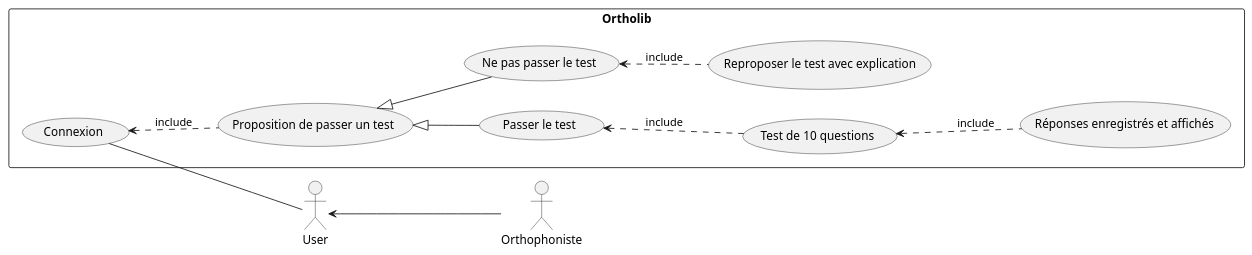
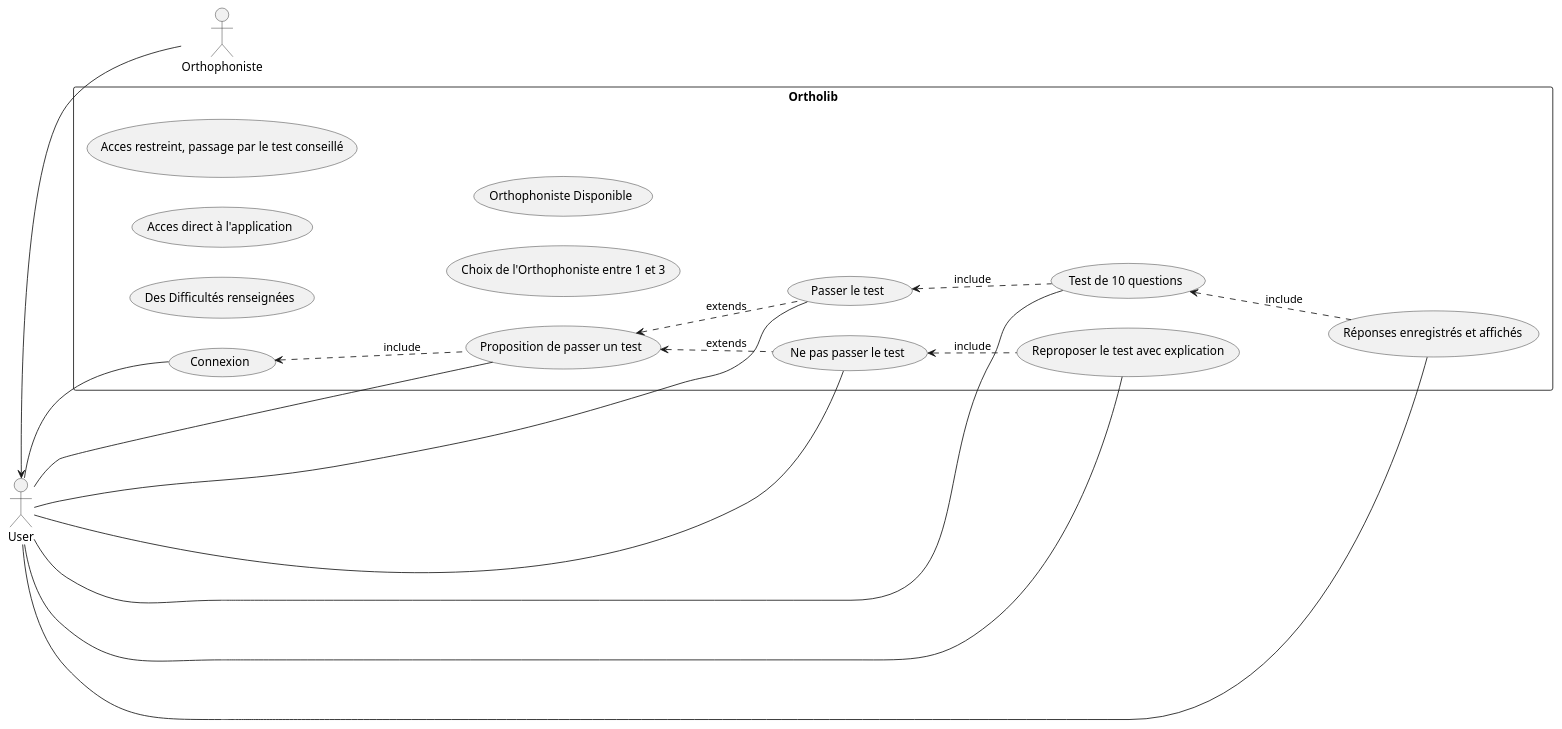
The diagram in analyse/UML/Fonctionnel/utilisateur.wsd (elamranibilel/Ortholib), drawn with PlantUML before and after one commit. The commit also changed 1 other file, not shown here.

Commit message:
usecase user

```diff
--- a/analyse/UML/Fonctionnel/utilisateur.wsd
+++ b/analyse/UML/Fonctionnel/utilisateur.wsd
@@ -1,33 +1,44 @@
 @startuml Application_User
 
 left to right direction
 
 actor User 
 actor Orthophoniste
 
 rectangle Ortholib {
     usecase (Connexion) as Connexion
     usecase (Proposition de passer un test) as PropositionTest
     usecase (Passer le test) as PasserTest
     usecase (Ne pas passer le test) as NonPasserTest
     usecase (Reproposer le test avec explication) as Reproposer
     usecase (Test de 10 questions) as TestQuestions
     usecase (Réponses enregistrés et affichés) as Reponses 
-
+    usecase (Des Difficultés renseignées) as Difficultes
+    usecase (Acces direct à l'application) as AccesDirect
+    usecase (Acces restreint, passage par le test conseillé) as AccesRestreint
+    usecase (Choix de l'Orthophoniste entre 1 et 3) as ChoixOrthophoniste
+    usecase (Orthophoniste Disponible) as DispoOthophoniste
 }
 
 /' ACTOR -- ACTOR '/
 User <-- Orthophoniste
 
 /' ACTOR -- USECASE '/
-Connexion -- User
+User -- Connexion
+User -- PropositionTest
+User -- PasserTest
+User -- NonPasserTest
+User -- Reproposer
+User -- TestQuestions
+User -- Reponses
 
 /' USECASE -- USECASE '/ 
 Connexion <.. PropositionTest : include
-PropositionTest <|-- PasserTest
-PropositionTest <|-- NonPasserTest
+PropositionTest <.. PasserTest : extends
+PropositionTest <.. NonPasserTest : extends
 NonPasserTest <.. Reproposer : include
 PasserTest <.. TestQuestions : include
 TestQuestions <.. Reponses : include
 
+
 @enduml
```
